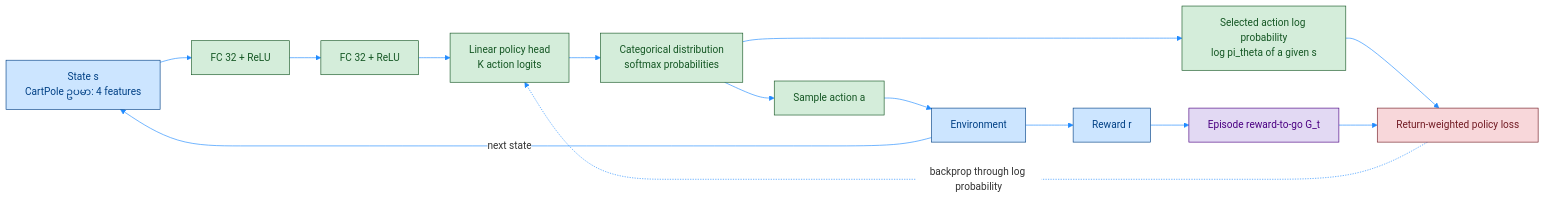
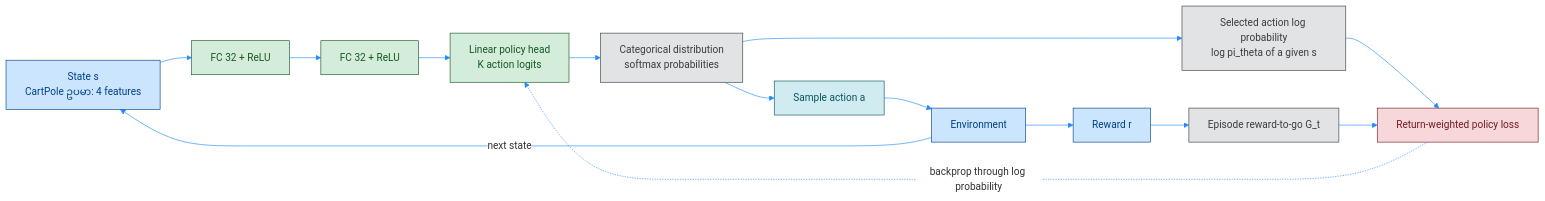
Before and after one commit to Open-Source-Robotics-For-Myanmar/rl: the second of 4 diagrams in Day81 RL python/02_Miguel Morales - Grokking Deep Reinforcement Learning/02_rl_with_dl/rom_photos/06_1_PB_REINFORCE.md, drawn with Mermaid. The commit also changed other lines of this file and 12 other files, not shown here.

````diff
--- a/Day81 RL python/02_Miguel Morales - Grokking Deep Reinforcement Learning/02_rl_with_dl/rom_photos/06_1_PB_REINFORCE.md
+++ b/Day81 RL python/02_Miguel Morales - Grokking Deep Reinforcement Learning/02_rl_with_dl/rom_photos/06_1_PB_REINFORCE.md
@@ -89,26 +107,29 @@
 ```mermaid
 %%{init: {'theme': 'base', 'themeVariables': { 'primaryColor': '#ffffff', 'lineColor': '#218bff'}}}%%
 flowchart LR
     S["State s<br/>CartPole ဥပမာ: 4 features"] --> H1["FC 32 + ReLU"]
     H1 --> H2["FC 32 + ReLU"]
     H2 --> Z["Linear policy head<br/>K action logits"]
     Z --> P["Categorical distribution<br/>softmax probabilities"]
     P --> A["Sample action a"]
     P --> LP["Selected action log probability<br/>log pi_theta of a given s"]
     A --> E["Environment"]
     E -->|"next state"| S
     E --> R["Reward r"]
     LP --> L["Return-weighted policy loss"]
     R --> G["Episode reward-to-go G_t"]
     G --> L
     L -.->|"backprop through log probability"| Z
 
     classDef data fill:#cce5ff,stroke:#004085,stroke-width:1px,color:#004085;
-    classDef policy fill:#d4edda,stroke:#155724,stroke-width:1px,color:#155724;
-    classDef signal fill:#e2d9f3,stroke:#4b0082,stroke-width:1px,color:#4b0082;
     classDef train fill:#f8d7da,stroke:#721c24,stroke-width:1px,color:#721c24;
+    classDef process fill:#d1ecf1,stroke:#0c5460,stroke-width:1px,color:#0c5460;
+    classDef result fill:#e2e3e5,stroke:#383d41,stroke-width:1px,color:#383d41;
+    classDef policyNetwork fill:#d4edda,stroke:#155724,stroke-width:1px,color:#155724;
+
     class S,E,R data;
-    class H1,H2,Z,P,A,LP policy;
-    class G signal;
     class L train;
+    class A process;
+    class P,LP,G result;
+    class H1,H2,Z policyNetwork;
 ```
````
